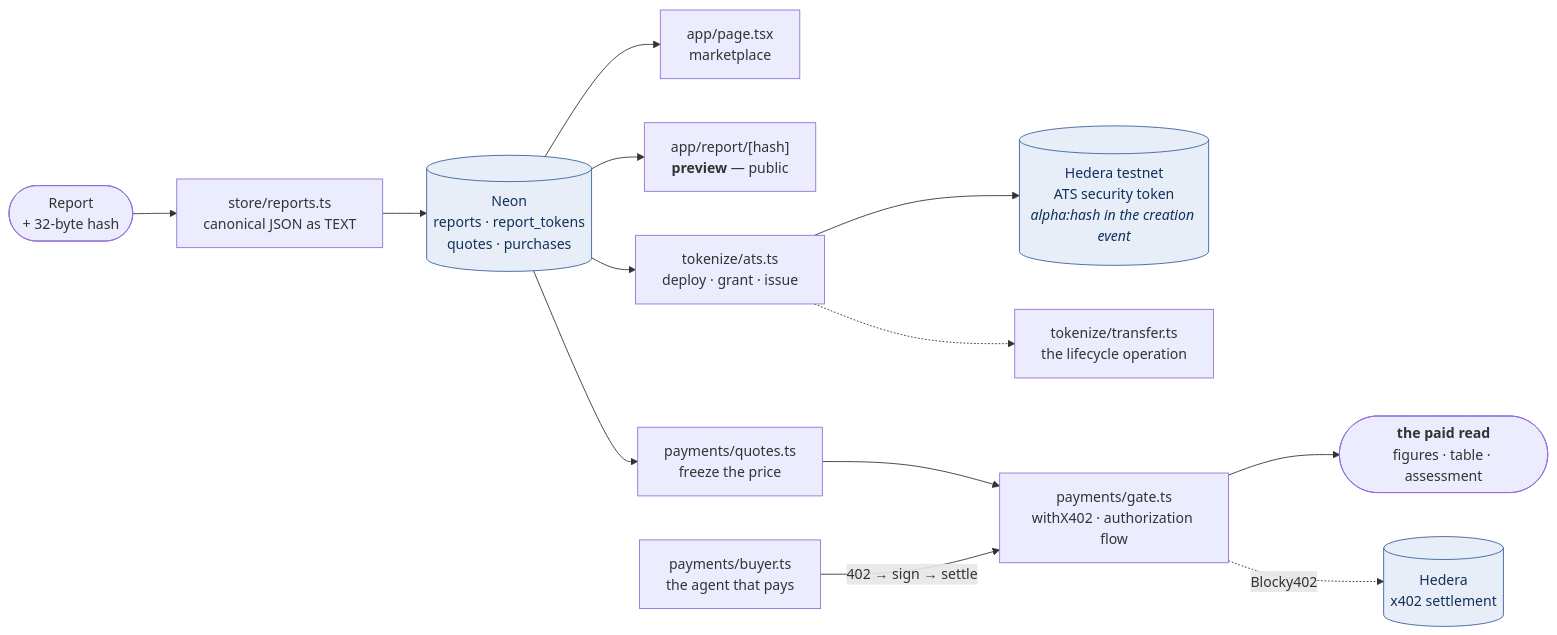
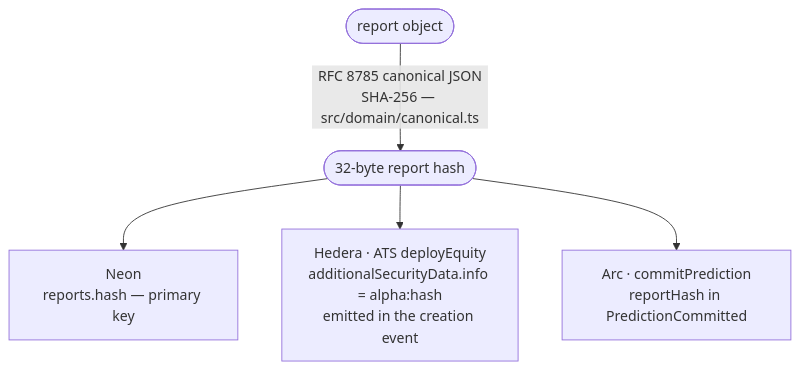
The third of 6 diagrams in docs/ARCHITECTURE.md (DhruPtel/ETHonline-2026-Alpha-Markets), drawn with Mermaid before and after one commit. The commit also changed other lines of this file and 22 other files, not shown here.

Commit message:
docs: README, architecture and directory documentation

````diff
--- a/docs/ARCHITECTURE.md
+++ b/docs/ARCHITECTURE.md
@@ -36,18 +100,7 @@
 ```mermaid
-flowchart LR
-  R(["Report<br/>+ 32-byte hash"]) --> SV["store/reports.ts<br/>canonical JSON as TEXT"]
-  SV --> DB[("Neon<br/>reports · report_tokens<br/>quotes · purchases")]
-  DB --> IDX["app/page.tsx<br/>marketplace"]
-  DB --> PRV["app/report/[hash]<br/><b>preview</b> — public"]
-  DB --> TK["tokenize/ats.ts<br/>deploy · grant · issue"]
-  TK --> HED[("Hedera testnet<br/>ATS security token<br/><i>alpha:hash in the creation event</i>")]
-  TK -.-> XF["tokenize/transfer.ts<br/>the lifecycle operation"]
-  DB --> Q["payments/quotes.ts<br/>freeze the price"]
-  Q --> GT["payments/gate.ts<br/>withX402 · authorization flow"]
-  GT --> PAID(["<b>the paid read</b><br/>figures · table · assessment"])
-  BUY["payments/buyer.ts<br/>the agent that pays"] -->|402 → sign → settle| GT
-  GT -.->|Blocky402| FAC[("Hedera<br/>x402 settlement")]
-
-  classDef chain fill:#e8eef7,stroke:#3b5f9e,color:#12305c
-  class HED,FAC,DB chain
+flowchart TB
+  REP(["report object"]) -->|"RFC 8785 canonical JSON<br/>SHA-256 — src/domain/canonical.ts"| H(["32-byte report hash"])
+  H --> NEON["Neon<br/>reports.hash — primary key"]
+  H --> HT["Hedera · ATS deployEquity<br/>additionalSecurityData.info = alpha:hash<br/>emitted in the creation event"]
+  H --> AT["Arc · commitPrediction<br/>reportHash in PredictionCommitted"]
 ```
````
